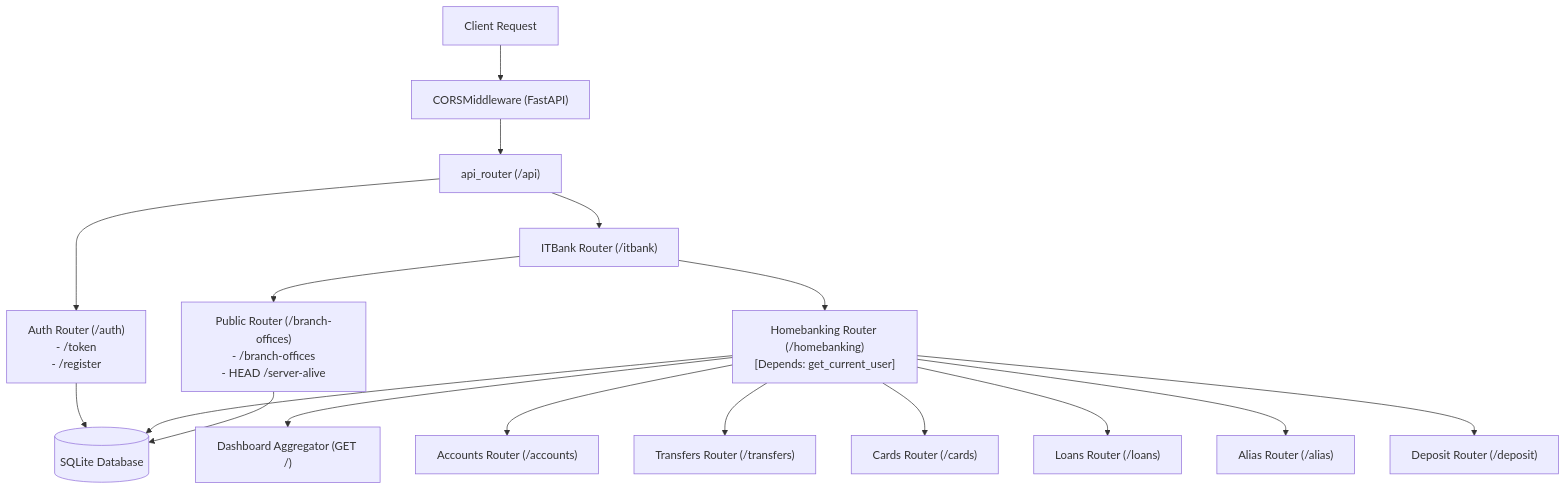
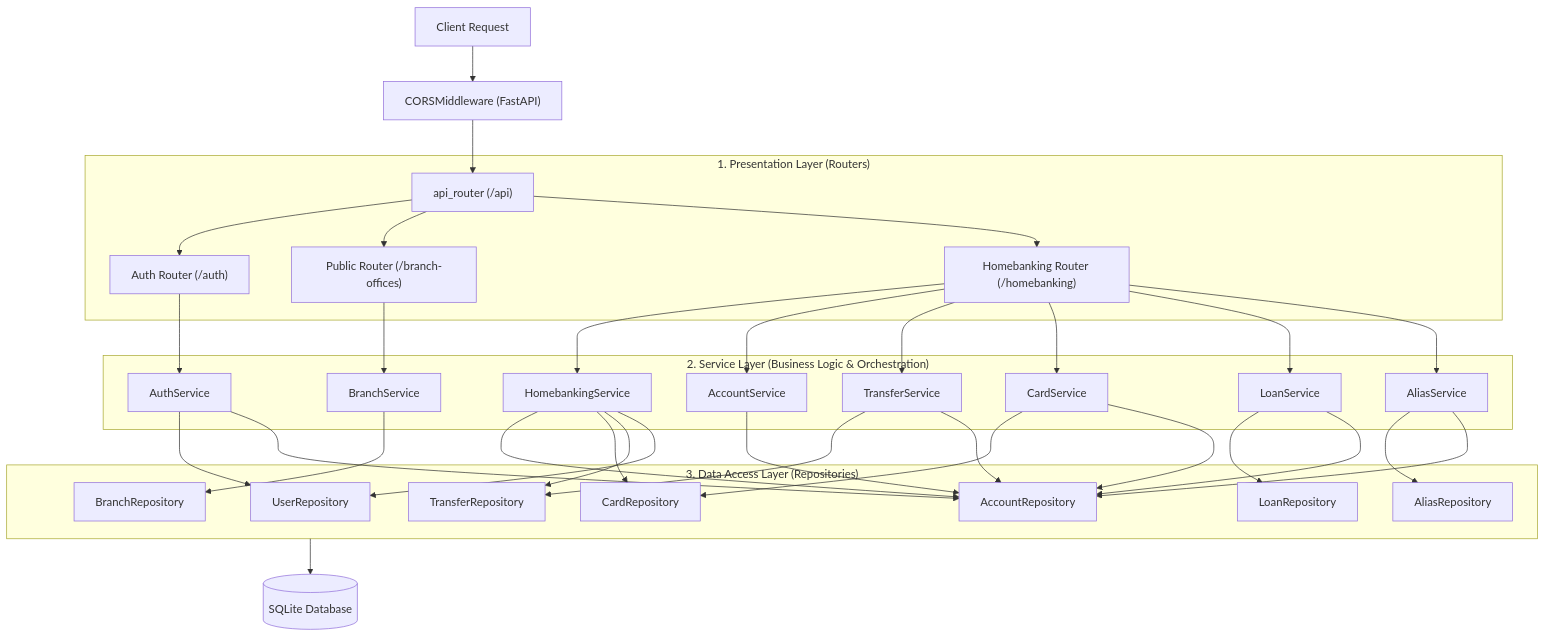
One commit to AgusT613/itba-full-stack-back-fastapi changed the first of 2 diagrams in AGENTS.md. Above: the diagram before and after it, drawn with Mermaid. The commit also changed other lines of this file and 35 other files, not shown here.

Commit message:
refactor: implement layered architecture

````diff
--- a/AGENTS.md
+++ b/AGENTS.md
@@ -49,23 +50,43 @@
 ```mermaid
 flowchart TD
     Client["Client Request"] --> CORS["CORSMiddleware (FastAPI)"]
     CORS --> RootRouter["api_router (/api)"]
     
-    RootRouter --> AuthRouter["Auth Router (/auth)\n- /token\n- /register"]
-    RootRouter --> ITBankRouter["ITBank Router (/itbank)"]
+    subgraph Presentation["1. Presentation Layer (Routers)"]
+        RootRouter --> AuthRouter["Auth Router (/auth)"]
+        RootRouter --> PublicRouter["Public Router (/branch-offices)"]
+        RootRouter --> HomebankingRouter["Homebanking Router (/homebanking)"]
+    end
     
-    ITBankRouter --> PublicRouter["Public Router (/branch-offices)\n- /branch-offices\n- HEAD /server-alive"]
-    ITBankRouter --> HomebankingRouter["Homebanking Router (/homebanking)\n[Depends: get_current_user]"]
+    subgraph ServiceLayer["2. Service Layer (Business Logic & Orchestration)"]
+        AuthRouter --> AuthService["AuthService"]
+        PublicRouter --> BranchService["BranchService"]
+        HomebankingRouter --> HBService["HomebankingService"]
+        HomebankingRouter --> AccService["AccountService"]
+        HomebankingRouter --> TransferService["TransferService"]
+        HomebankingRouter --> CardService["CardService"]
+        HomebankingRouter --> LoanService["LoanService"]
+        HomebankingRouter --> AliasService["AliasService"]
+    end
     
-    HomebankingRouter --> HBMain["Dashboard Aggregator (GET /)"]
-    HomebankingRouter --> Accounts["Accounts Router (/accounts)"]
-    HomebankingRouter --> Transfers["Transfers Router (/transfers)"]
-    HomebankingRouter --> Cards["Cards Router (/cards)"]
-    HomebankingRouter --> Loans["Loans Router (/loans)"]
-    HomebankingRouter --> Alias["Alias Router (/alias)"]
-    HomebankingRouter --> Deposit["Deposit Router (/deposit)"]
+    subgraph Repositories["3. Data Access Layer (Repositories)"]
+        AuthService --> UserRepo["UserRepository"]
+        AuthService --> AccRepo["AccountRepository"]
+        BranchService --> BranchRepo["BranchRepository"]
+        HBService --> AccRepo
+        HBService --> CardRepo["CardRepository"]
+        HBService --> TransferRepo["TransferRepository"]
+        HBService --> UserRepo
+        AccService --> AccRepo
+        TransferService --> TransferRepo
+        TransferService --> AccRepo
+        CardService --> CardRepo
+        CardService --> AccRepo
+        LoanService --> LoanRepo["LoanRepository"]
+        LoanService --> AccRepo
+        AliasService --> AliasRepo["AliasRepository"]
+        AliasService --> AccRepo
+    end
     
-    AuthRouter --> SQLite[("SQLite Database")]
-    HomebankingRouter --> SQLite
-    PublicRouter --> SQLite
+    Repositories --> SQLite[("SQLite Database")]
 ```
````
